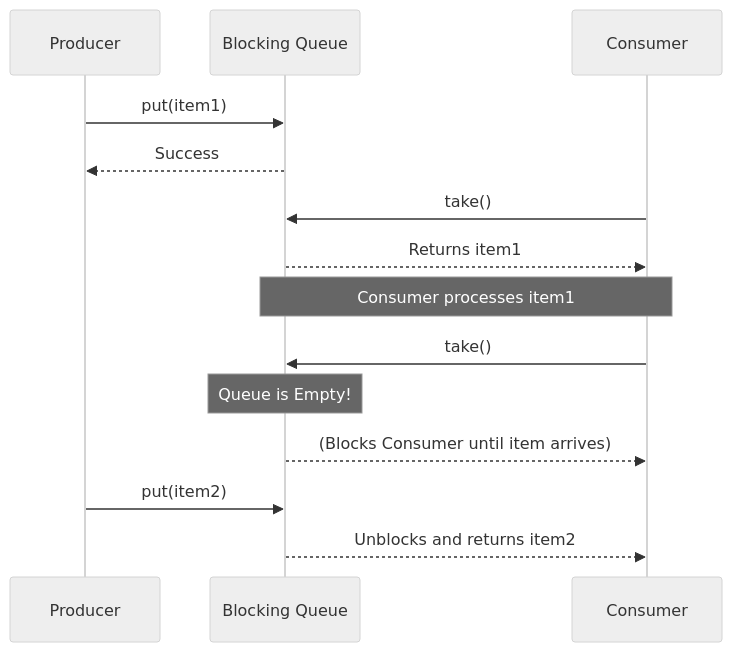
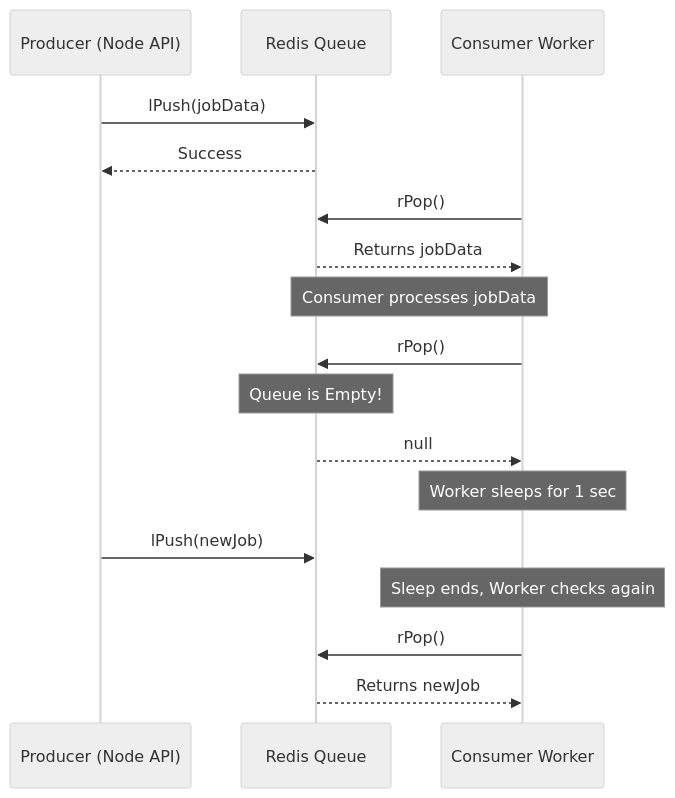
Before and after one commit to Aryns293/QueueFlow-prep: the second of 2 diagrams in 1. High-Level System Design Concepts.md, drawn with Mermaid (neutral theme). The commit also changed other lines of this file, not shown here.

Commit message:
Update implementation to JS and add QueueFlow project relevance section

````diff
--- a/1. High-Level System Design Concepts.md
+++ b/1. High-Level System Design Concepts.md
@@ -40,20 +40,23 @@
 ```mermaid
 sequenceDiagram
-    participant P as Producer
-    participant Q as Blocking Queue
-    participant C as Consumer
+    participant P as Producer (Node API)
+    participant Q as Redis Queue
+    participant C as Consumer Worker
 
-    P->>Q: put(item1)
+    P->>Q: lPush(jobData)
     Q-->>P: Success
-    C->>Q: take()
-    Q-->>C: Returns item1
+    C->>Q: rPop()
+    Q-->>C: Returns jobData
     
-    Note over C, Q: Consumer processes item1
+    Note over C, Q: Consumer processes jobData
     
-    C->>Q: take()
+    C->>Q: rPop()
     Note over Q: Queue is Empty!
-    Q-->>C: (Blocks Consumer until item arrives)
+    Q-->>C: null
+    Note over C: Worker sleeps for 1 sec
     
-    P->>Q: put(item2)
-    Q-->>C: Unblocks and returns item2
+    P->>Q: lPush(newJob)
+    Note over C: Sleep ends, Worker checks again
+    C->>Q: rPop()
+    Q-->>C: Returns newJob
 ```
````
